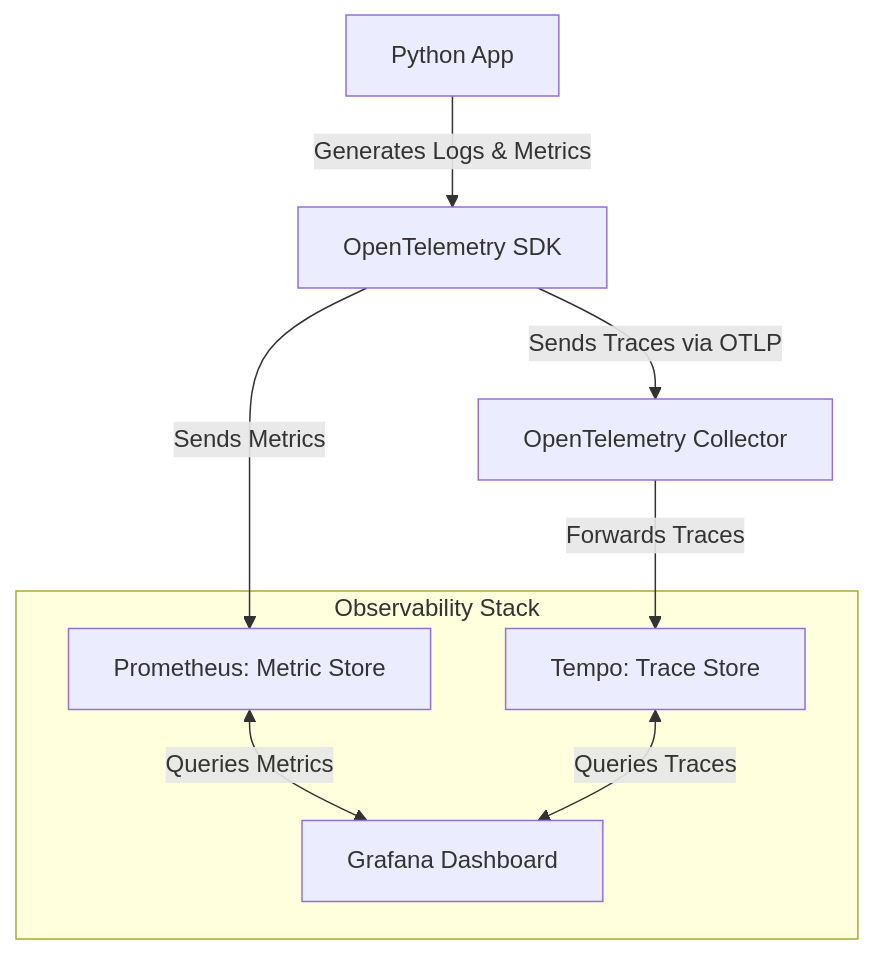
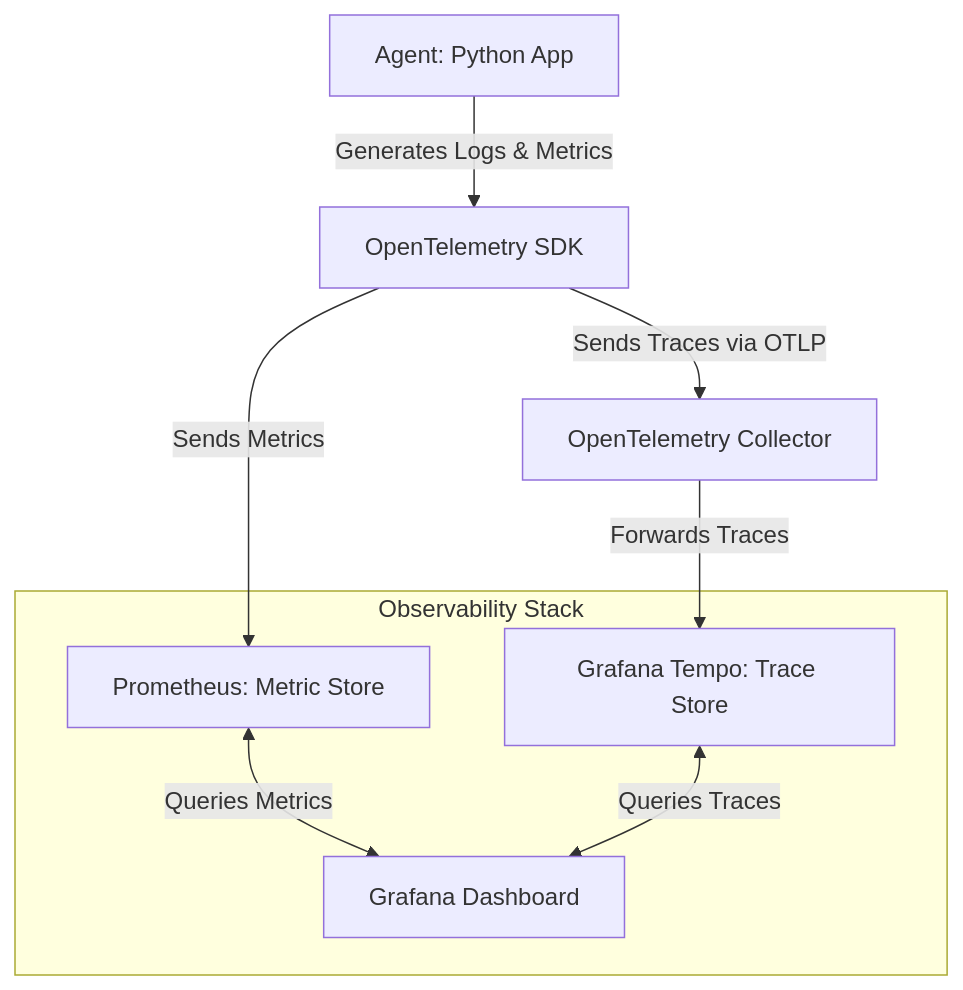
The diagram in README.md (avinashvaidya09/multi_agent_system_demo), drawn with Mermaid before and after one commit. The commit also changed 1 other file, not shown here.

Commit message:
Added 2 more custom attributes

````diff
--- a/README.md
+++ b/README.md
@@ -245,15 +245,15 @@
     ```mermaid
     graph TD;
-    A[Python App] -->|Generates Logs & Metrics| B[OpenTelemetry SDK];
+    A[Agent: Python App] -->|Generates Logs & Metrics| B[OpenTelemetry SDK];
     B -->|Sends Metrics| C[Prometheus: Metric Store];
     B -->|Sends Traces via OTLP| D[OpenTelemetry Collector];
-    D -->|Forwards Traces| E[Tempo: Trace Store];
+    D -->|Forwards Traces| E[Grafana Tempo: Trace Store];
     C <--> |Queries Metrics| F[Grafana Dashboard];
     E <--> |Queries Traces| F[Grafana Dashboard];
     
     subgraph Observability Stack
         C
         E
         F
     end
     ```
````
